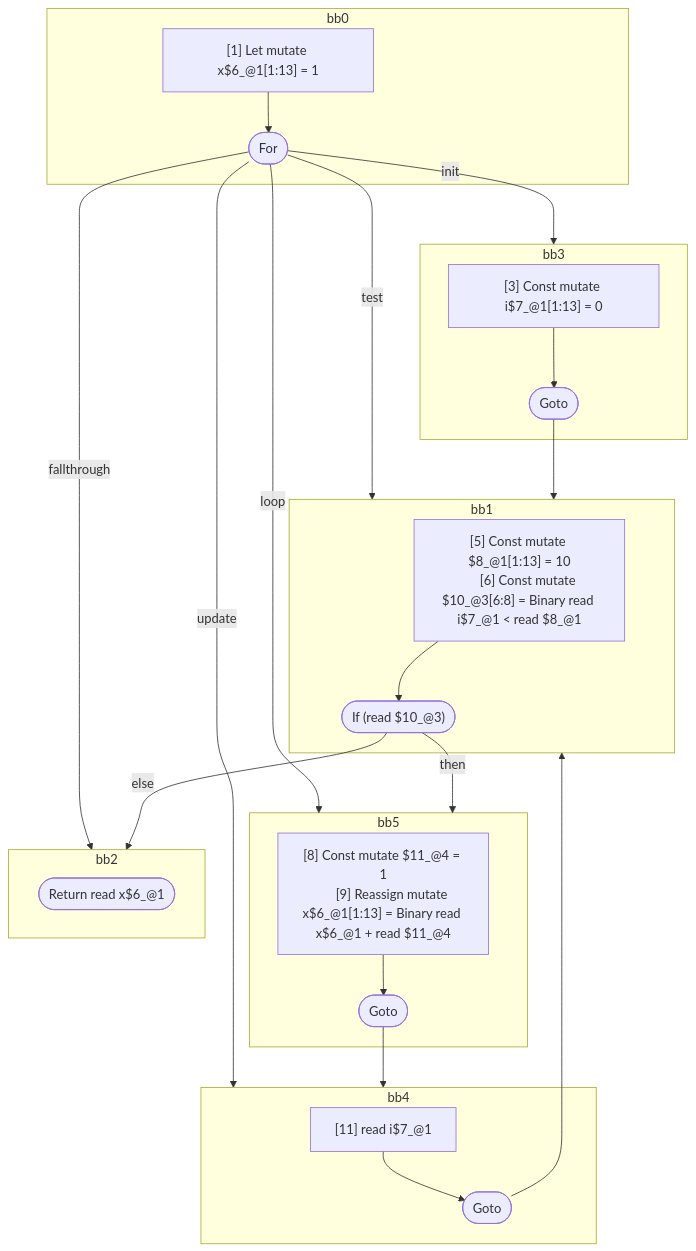
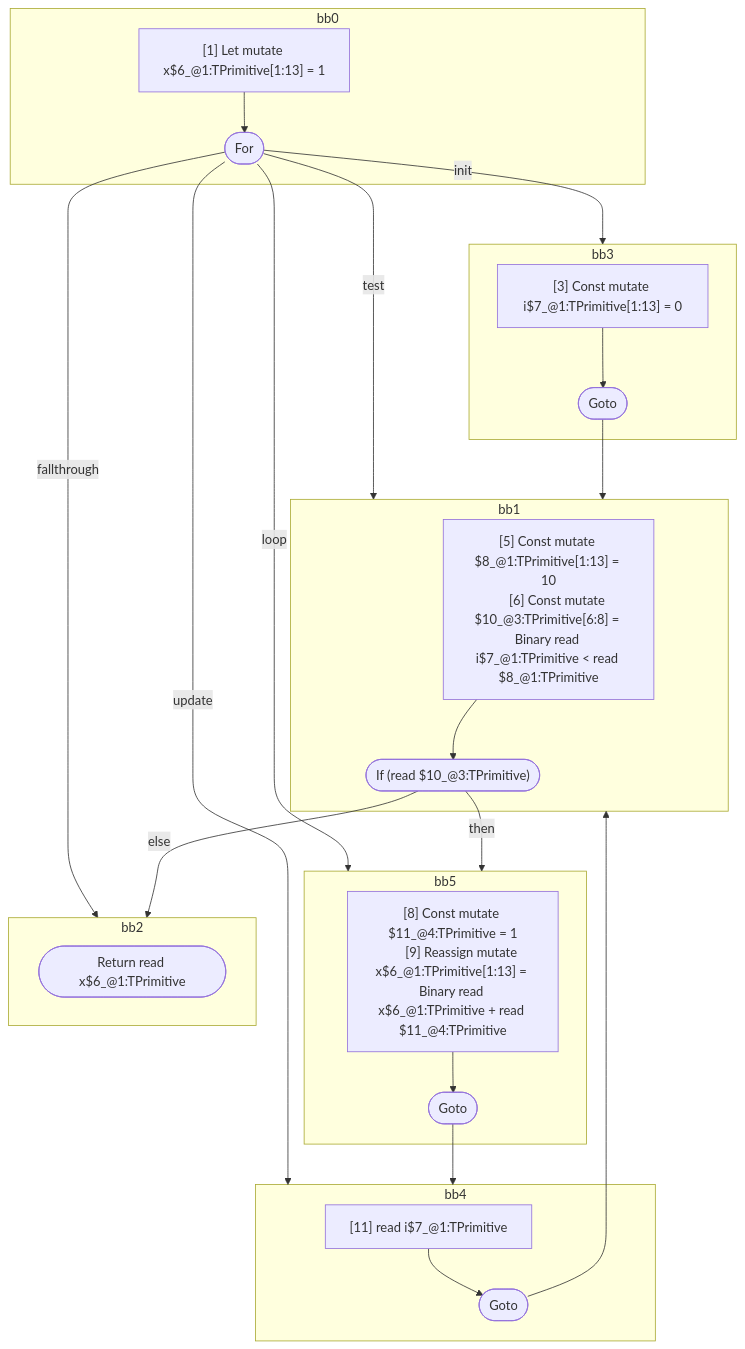
One commit to wutsmog/private changed the diagram in compiler/forget/src/__tests__/fixtures/hir/ssa-for-trivial-update.expect.md. Above: the diagram before and after it, drawn with Mermaid. The commit also changed other lines of this file and 112 other files, not shown here.

````diff
--- a/compiler/forget/src/__tests__/fixtures/hir/ssa-for-trivial-update.expect.md
+++ b/compiler/forget/src/__tests__/fixtures/hir/ssa-for-trivial-update.expect.md
@@ -74,52 +74,52 @@
 ```mermaid
 flowchart TB
   %% Basic Blocks
   subgraph bb0
     bb0_instrs["
-      [1] Let mutate x$6_@1[1:13] = 1
+      [1] Let mutate x$6_@1:TPrimitive[1:13] = 1
     "]
     bb0_instrs --> bb0_terminal(["For"])
   end
   subgraph bb3
     bb3_instrs["
-      [3] Const mutate i$7_@1[1:13] = 0
+      [3] Const mutate i$7_@1:TPrimitive[1:13] = 0
     "]
     bb3_instrs --> bb3_terminal(["Goto"])
   end
   subgraph bb1
     bb1_instrs["
-      [5] Const mutate $8_@1[1:13] = 10
-      [6] Const mutate $10_@3[6:8] = Binary read i$7_@1 < read $8_@1
+      [5] Const mutate $8_@1:TPrimitive[1:13] = 10
+      [6] Const mutate $10_@3:TPrimitive[6:8] = Binary read i$7_@1:TPrimitive < read $8_@1:TPrimitive
     "]
-    bb1_instrs --> bb1_terminal(["If (read $10_@3)"])
+    bb1_instrs --> bb1_terminal(["If (read $10_@3:TPrimitive)"])
   end
   subgraph bb5
     bb5_instrs["
-      [8] Const mutate $11_@4 = 1
-      [9] Reassign mutate x$6_@1[1:13] = Binary read x$6_@1 + read $11_@4
+      [8] Const mutate $11_@4:TPrimitive = 1
+      [9] Reassign mutate x$6_@1:TPrimitive[1:13] = Binary read x$6_@1:TPrimitive + read $11_@4:TPrimitive
     "]
     bb5_instrs --> bb5_terminal(["Goto"])
   end
   subgraph bb4
     bb4_instrs["
-      [11] read i$7_@1
+      [11] read i$7_@1:TPrimitive
     "]
     bb4_instrs --> bb4_terminal(["Goto"])
   end
   subgraph bb2
-    bb2_terminal(["Return read x$6_@1"])
+    bb2_terminal(["Return read x$6_@1:TPrimitive"])
   end
 
   %% Jumps
   bb0_terminal -- "init" --> bb3
   bb0_terminal -- "test" --> bb1
   bb0_terminal -- "update" --> bb4
   bb0_terminal -- "loop" --> bb5
   bb0_terminal -- "fallthrough" --> bb2
   bb3_terminal --> bb1
   bb1_terminal -- "then" --> bb5
   bb1_terminal -- "else" --> bb2
   bb5_terminal --> bb4
   bb4_terminal --> bb1
 
 ```
````
